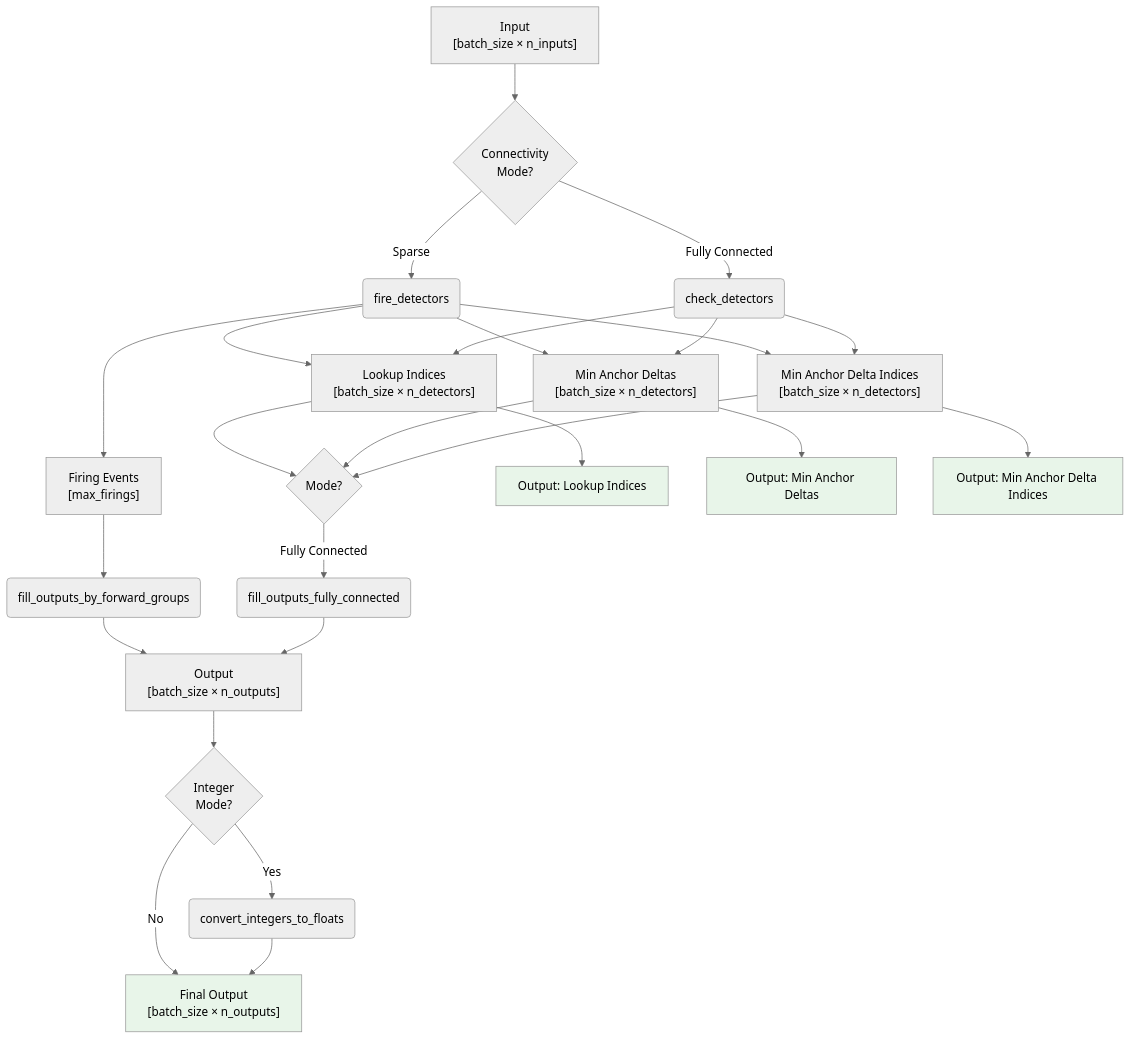
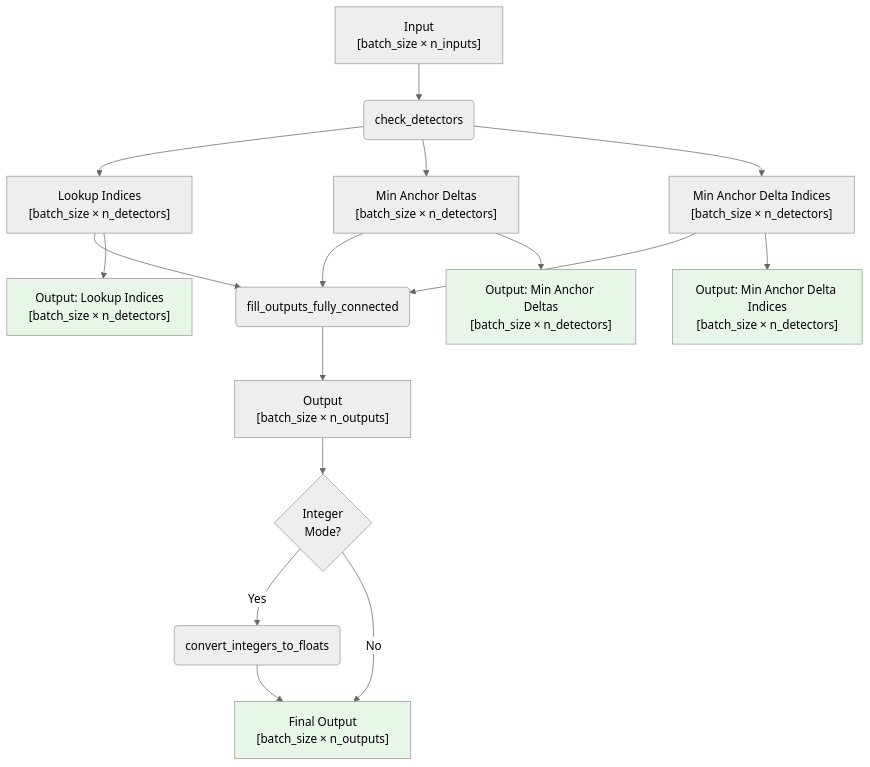
Before and after one commit to anatoli-starostin/spiky: the first of 6 diagrams in spiky_cuda/lut/doc/LUT_RUNTIME_DATA_FLOW.md, drawn with Mermaid (neutral theme). The commit also changed other lines of this file, not shown here.

Commit message:
LUT in progress

````diff
--- a/spiky_cuda/lut/doc/LUT_RUNTIME_DATA_FLOW.md
+++ b/spiky_cuda/lut/doc/LUT_RUNTIME_DATA_FLOW.md
@@ -9,38 +11,28 @@
 ```mermaid
 flowchart TD
-    A["Input<br/>[batch_size × n_inputs]"] --> B{Connectivity<br/>Mode?}
-    B -->|Sparse| C(fire_detectors)
-    B -->|Fully Connected| D(check_detectors)
+    A["Input<br/>[batch_size × n_inputs]"] --> B(check_detectors)
     
-    C --> E["Lookup Indices<br/>[batch_size × n_detectors]"]
-    C --> F["Min Anchor Deltas<br/>[batch_size × n_detectors]"]
-    C --> G["Min Anchor Delta Indices<br/>[batch_size × n_detectors]"]
-    C --> H["Firing Events<br/>[max_firings]"]
+    B --> C["Lookup Indices<br/>[batch_size × n_detectors]"]
+    B --> D["Min Anchor Deltas<br/>[batch_size × n_detectors]"]
+    B --> E["Min Anchor Delta Indices<br/>[batch_size × n_detectors]"]
     
-    D --> E
+    C --> F(fill_outputs_fully_connected)
     D --> F
-    D --> G
+    E --> F
     
-    E --> I{Mode?}
-    F --> I
-    G --> I
-    H --> J(fill_outputs_by_forward_groups)
-    I -->|Fully Connected| K(fill_outputs_fully_connected)
+    F --> G["Output<br/>[batch_size × n_outputs]"]
     
-    J --> L["Output<br/>[batch_size × n_outputs]"]
-    K --> L
+    G --> H{Integer<br/>Mode?}
+    H -->|Yes| I(convert_integers_to_floats)
+    H -->|No| J["Final Output<br/>[batch_size × n_outputs]"]
+    I --> J
     
-    L --> M{Integer<br/>Mode?}
-    M -->|Yes| N(convert_integers_to_floats)
-    M -->|No| O["Final Output<br/>[batch_size × n_outputs]"]
-    N --> O
+    C --> K["Output: Lookup Indices<br/>[batch_size × n_detectors]"]
+    D --> L["Output: Min Anchor Deltas<br/>[batch_size × n_detectors]"]
+    E --> M["Output: Min Anchor Delta Indices<br/>[batch_size × n_detectors]"]
     
-    E --> P["Output: Lookup Indices"]
-    F --> Q["Output: Min Anchor Deltas"]
-    G --> R["Output: Min Anchor Delta Indices"]
-    
-    style P fill:#e8f5e9
-    style Q fill:#e8f5e9
-    style R fill:#e8f5e9
-    style O fill:#e8f5e9
+    style K fill:#e8f5e9
+    style L fill:#e8f5e9
+    style M fill:#e8f5e9
+    style J fill:#e8f5e9
 ```
````
